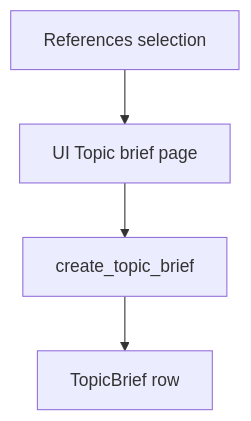
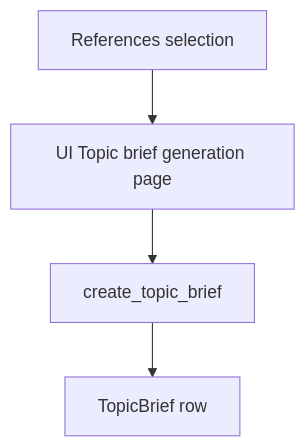
The diagram in docs/specs/4-topic-brief-generation.md (GustavoRusso/paper-reviewer), drawn with Mermaid before and after one commit. The commit also changed other lines of this file and 17 other files, not shown here.

Commit message:
renamed docs and code to rename the "4-topic-brief.md" step to "4-topic-brief-generation.md"

````diff
--- a/docs/specs/4-topic-brief-generation.md
+++ b/docs/specs/4-topic-brief-generation.md
@@ -61,10 +62,10 @@
 ```mermaid
 flowchart TB
   refs[References selection]
-  ui[UI Topic brief page]
+  ui[UI Topic brief generation page]
   job[create_topic_brief]
   store[TopicBrief row]
   refs --> ui
   ui --> job
   job --> store
 ```
````
